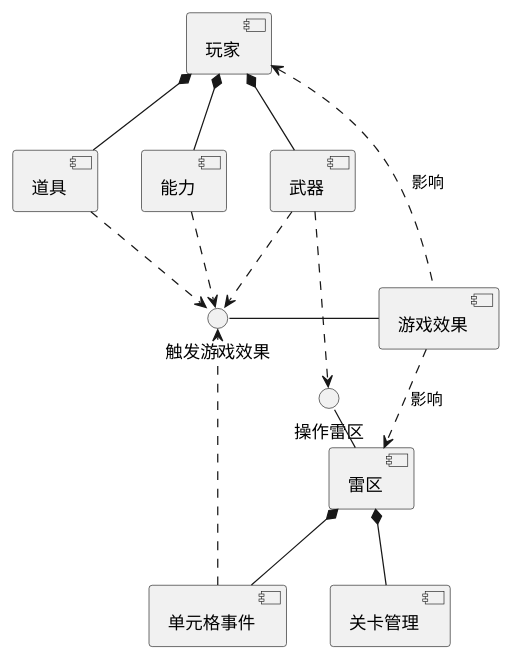
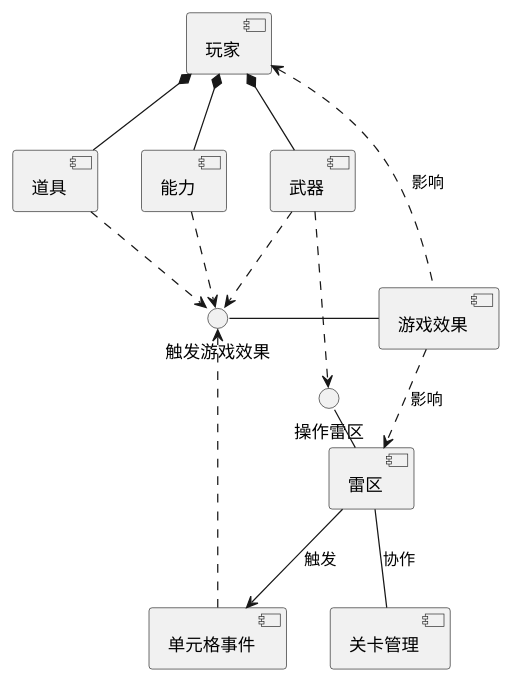
Before and after one commit to SnekTech/mine-sweeper-rogue-lib: the diagram in SnekPlugin/Diagrams/architect-design/gameplay-components.puml, drawn with PlantUML. The commit also changed 1 other file, not shown here.

Commit message:
更新图

```diff
--- a/SnekPlugin/Diagrams/architect-design/gameplay-components.puml
+++ b/SnekPlugin/Diagrams/architect-design/gameplay-components.puml
@@ -1,39 +1,39 @@
 @startuml
 'https://plantuml.com/component-diagram
 
 component effect as "游戏效果"
 () trigger_effect as "触发游戏效果"
 trigger_effect - effect
 
 component p1 as "玩家"
 component ability as "能力"
 component weapon as "武器"
 component item as "道具"
 
 p1 *-- ability
 p1 *-- weapon
 p1 *-- item
 
 p1 <.. effect : 影响
 
 
 component grid as "雷区"
 () manipulate_grid as "操作雷区"
 manipulate_grid - grid
 
 component cell_event as "单元格事件"
-grid *-- cell_event
+grid --> cell_event : 触发
 
 component judge as "关卡管理"
-grid *-- judge
+grid -- judge : 协作
 
 effect ..> grid : 影响
 weapon ..> manipulate_grid
     
 
 item ..> trigger_effect
 weapon ..> trigger_effect
 ability ..> trigger_effect
 cell_event ..> trigger_effect
 
 @enduml
```
